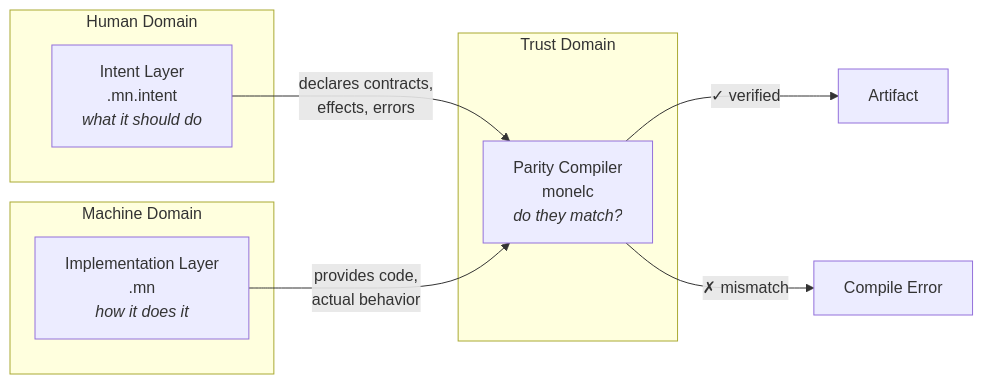
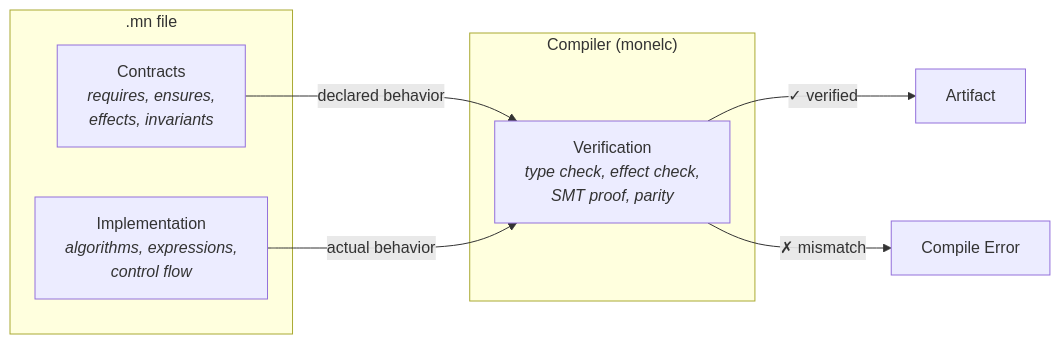
Before and after one commit to monel-io/monel: the first of 4 diagrams in spec/01-overview.md, drawn with Mermaid. The commit also changed other lines of this file and 29 other files, not shown here.

First line of the commit message:
Rewrite spec: single-file contracts, no LLM in compiler

````diff
--- a/spec/01-overview.md
+++ b/spec/01-overview.md
@@ -57,17 +56,15 @@
 ```mermaid
 graph LR
-    subgraph "Human Domain"
-        I["Intent Layer<br/>.mn.intent<br/><i>what it should do</i>"]
+    subgraph ".mn file"
+        C["Contracts<br/><i>requires, ensures,<br/>effects, invariants</i>"]
+        I["Implementation<br/><i>algorithms, expressions,<br/>control flow</i>"]
     end
-    subgraph "Machine Domain"
-        M["Implementation Layer<br/>.mn<br/><i>how it does it</i>"]
-    end
-    subgraph "Trust Domain"
-        P["Parity Compiler<br/>monelc<br/><i>do they match?</i>"]
+    subgraph "Compiler (monelc)"
+        P["Verification<br/><i>type check, effect check,<br/>SMT proof, parity</i>"]
     end
 
-    I -->|"declares contracts,<br/>effects, errors"| P
-    M -->|"provides code,<br/>actual behavior"| P
+    C -->|"declared behavior"| P
+    I -->|"actual behavior"| P
     P -->|"✓ verified"| O["Artifact"]
     P -->|"✗ mismatch"| E["Compile Error"]
 ```
````
